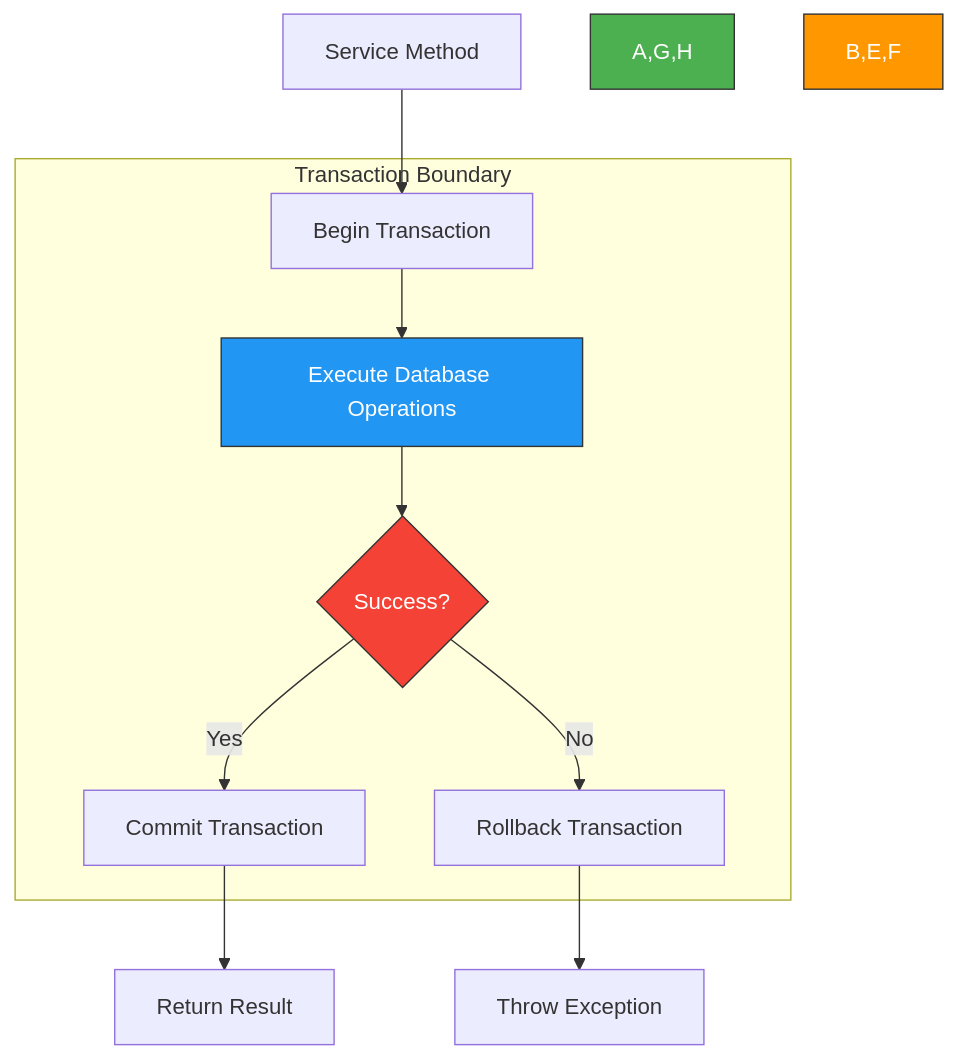
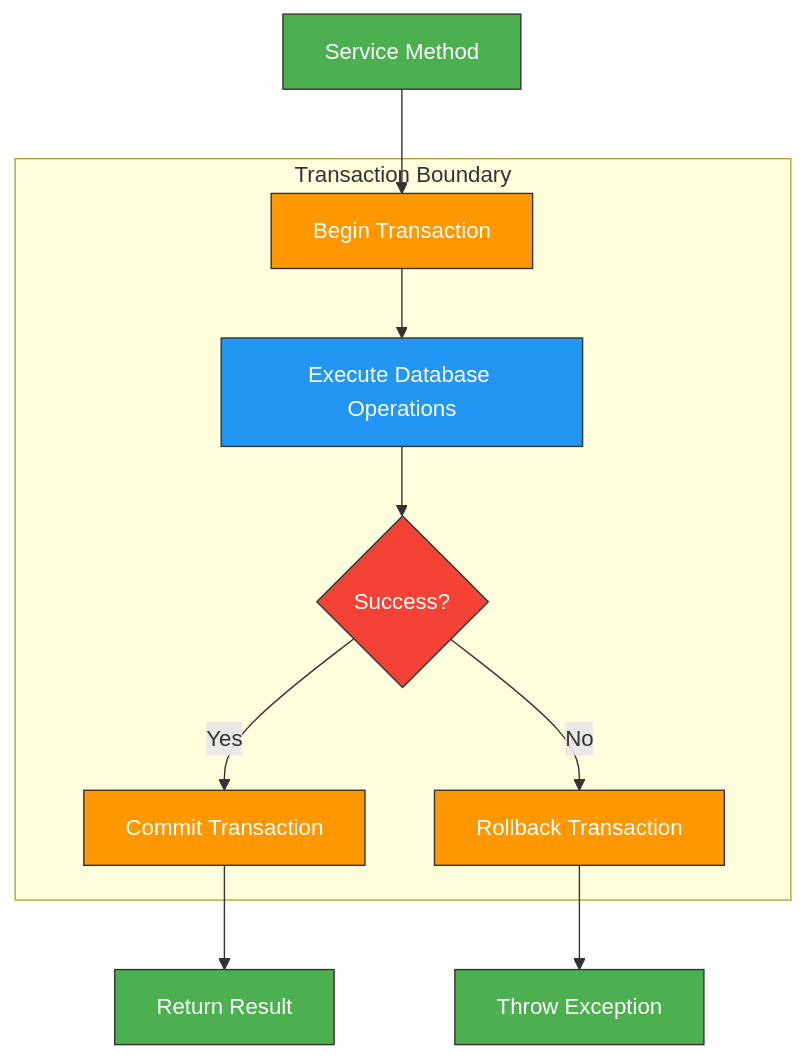
One commit to TuPhung369/Haaga_Backend_Programming changed the second of 6 diagrams in TuPhung_Docs/docs/backend/database.md. Above: the diagram before and after it, drawn with Mermaid. The commit also changed other lines of this file and 25 other files, not shown here.

````diff
--- a/TuPhung_Docs/docs/backend/database.md
+++ b/TuPhung_Docs/docs/backend/database.md
@@ -45,25 +45,30 @@
 ```mermaid
 flowchart TD
     A[Service Method] --> B[Begin Transaction]
     B --> C[Execute Database Operations]
     C --> D{Success?}
 
     D -->|Yes| E[Commit Transaction]
     D -->|No| F[Rollback Transaction]
 
     E --> G[Return Result]
     F --> H[Throw Exception]
 
     subgraph "Transaction Boundary"
         B
         C
         D
         E
         F
     end
 
-    style A,G,H fill:#4CAF50,stroke:#333,stroke-width:1px,color:#fff
-    style B,E,F fill:#FF9800,stroke:#333,stroke-width:1px,color:#fff
-    style C fill:#2196F3,stroke:#333,stroke-width:1px,color:#fff
-    style D fill:#F44336,stroke:#333,stroke-width:1px,color:#fff
+    classDef primaryServices fill:#4CAF50,stroke:#333,stroke-width:1px,color:#fff
+    classDef dataStores fill:#FF9800,stroke:#333,stroke-width:1px,color:#fff
+    classDef queryLayer fill:#2196F3,stroke:#333,stroke-width:1px,color:#fff
+    classDef cacheLayer fill:#F44336,stroke:#333,stroke-width:1px,color:#fff
+    
+    class A,G,H primaryServices
+    class B,E,F dataStores
+    class C queryLayer
+    class D cacheLayer
 ```
````
